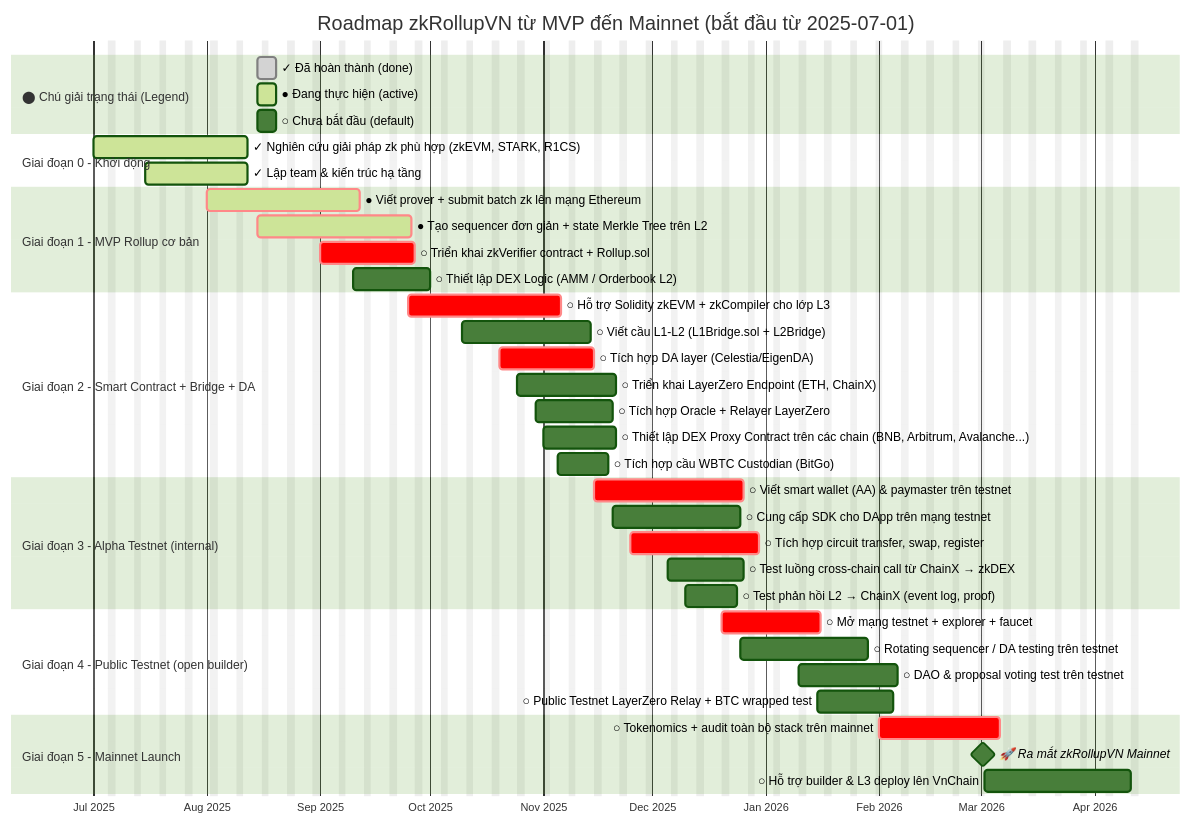
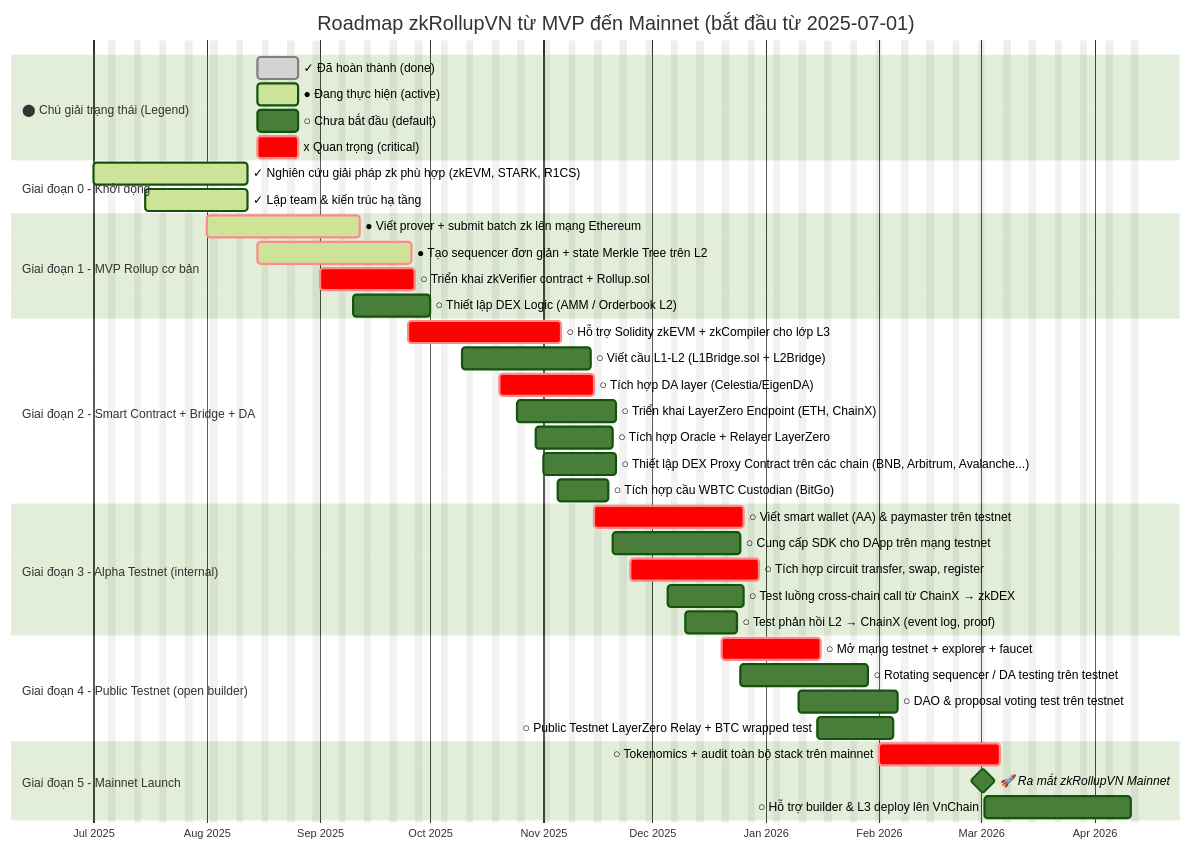
One commit to trantuan-vn/utility changed the diagram in docs/he sinh thai/zkRollupVN/VnChain_roadmap 1.1.md. Above: the diagram before and after it, drawn with Mermaid (forest theme). The commit also changed 59 other files, not shown here.

```diff
--- a/docs/he sinh thai/zkRollupVN/VnChain_roadmap 1.1.md
+++ b/docs/he sinh thai/zkRollupVN/VnChain_roadmap 1.1.md
@@ -1,49 +1,50 @@
 ::: mermaid
 gantt
     title Roadmap zkRollupVN từ MVP đến Mainnet (bắt đầu từ 2025-07-01)
     dateFormat  YYYY-MM-DD
     axisFormat  %b %Y
     excludes    weekends
 
     section ⬤ Chú giải trạng thái (Legend)
-        ✓ Đã hoàn thành (done): done, done_label, 2025-08-15, 3d
-        ● Đang thực hiện (active): active, active_label, 2025-08-15, 3d
-        ○ Chưa bắt đầu (default): default_label, 2025-08-15, 3d
+        ✓ Đã hoàn thành (done): done, 2025-08-15, 7d
+        ● Đang thực hiện (active): active, 2025-08-15, 7d
+        ○ Chưa bắt đầu (default): default, 2025-08-15, 7d
+        x Quan trọng (critical): crit, 2025-08-15, 7d
 
     section Giai đoạn 0 - Khởi động
         ✓ Nghiên cứu giải pháp zk phù hợp (zkEVM, STARK, R1CS): active, task0a, 2025-07-01, 30d
         ✓ Lập team & kiến trúc hạ tầng: active, task0b, 2025-07-15, 20d
 
     section Giai đoạn 1 - MVP Rollup cơ bản
         ● Viết prover + submit batch zk lên mạng Ethereum: crit, active, task1a, 2025-08-01, 30d
         ● Tạo sequencer đơn giản + state Merkle Tree trên L2: crit, active, task1b, 2025-08-15, 30d
         ○ Triển khai zkVerifier contract + Rollup.sol: crit, task1c, 2025-09-01, 20d
         ○ Thiết lập DEX Logic (AMM / Orderbook L2): task1d, 2025-09-10, 15d
 
     section Giai đoạn 2 - Smart Contract + Bridge + DA
         ○ Hỗ trợ Solidity zkEVM + zkCompiler cho lớp L3: crit, task2a, 2025-09-25, 30d
         ○ Viết cầu L1-L2 (L1Bridge.sol + L2Bridge): task2b, 2025-10-10, 25d
         ○ Tích hợp DA layer (Celestia/EigenDA): crit, task2c, 2025-10-20, 20d
         ○ Triển khai LayerZero Endpoint (ETH, ChainX): task2d, 2025-10-25, 20d
         ○ Tích hợp Oracle + Relayer LayerZero: task2e, 2025-10-30, 15d
         ○ Thiết lập DEX Proxy Contract trên các chain (BNB, Arbitrum, Avalanche...): task2f, 2025-11-01, 15d
         ○ Tích hợp cầu WBTC Custodian (BitGo): task2g, 2025-11-05, 10d
 
     section Giai đoạn 3 - Alpha Testnet (internal)
         ○ Viết smart wallet (AA) & paymaster trên testnet: crit, task3a, 2025-11-15, 30d
         ○ Cung cấp SDK cho DApp trên mạng testnet: task3b, 2025-11-20, 25d
         ○ Tích hợp circuit transfer, swap, register: crit, task3c, 2025-11-25, 25d
         ○ Test luồng cross-chain call từ ChainX → zkDEX: task3d, 2025-12-05, 15d
         ○ Test phản hồi L2 → ChainX (event log, proof): task3e, 2025-12-10, 10d
 
     section Giai đoạn 4 - Public Testnet (open builder)
         ○ Mở mạng testnet + explorer + faucet: crit, task4a, 2025-12-20, 20d
         ○ Rotating sequencer / DA testing trên testnet : task4b, 2025-12-25, 25d
         ○ DAO & proposal voting test trên testnet : task4c, 2026-01-10, 20d
         ○ Public Testnet LayerZero Relay + BTC wrapped test: task4d, 2026-01-15, 15d
 
     section Giai đoạn 5 - Mainnet Launch
         ○ Tokenomics + audit toàn bộ stack trên mainnet: crit, task5a, 2026-02-01, 25d
         🚀 Ra mắt zkRollupVN Mainnet: milestone, task5b, 2026-03-01, 1d
         ○ Hỗ trợ builder & L3 deploy lên VnChain: task5c, 2026-03-02, 30d
 :::
```
